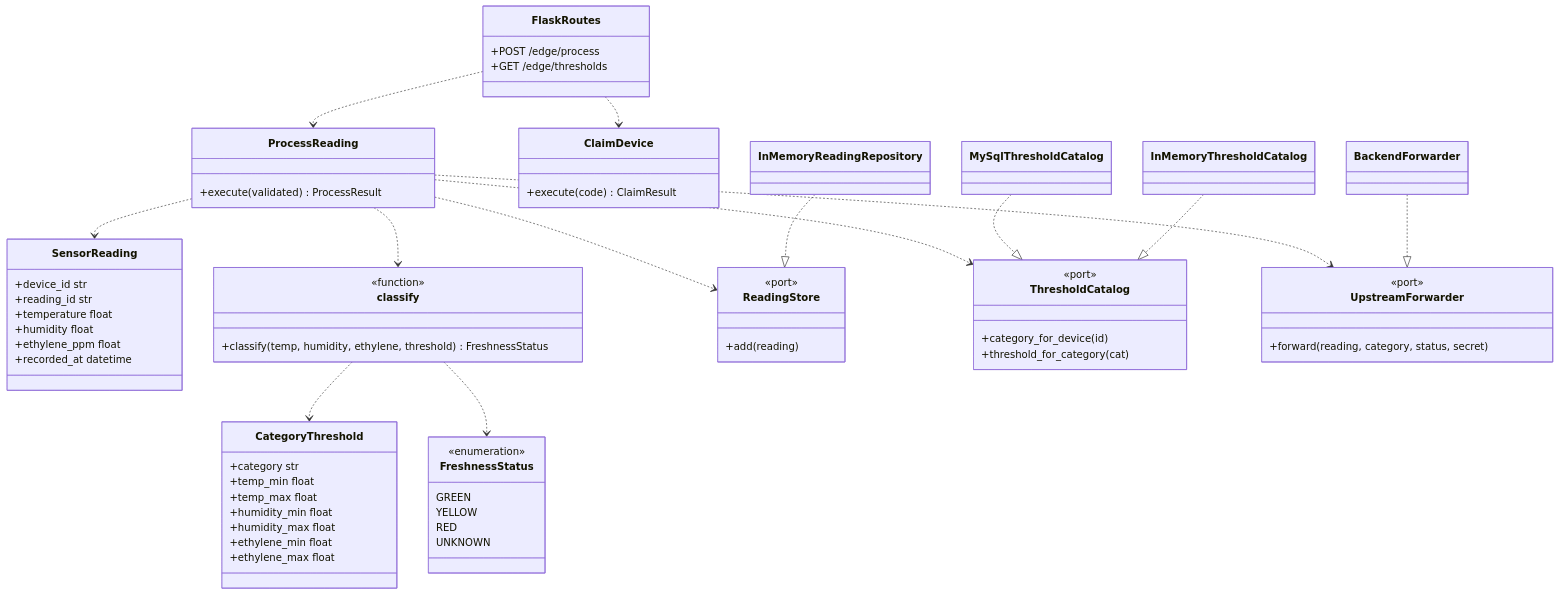
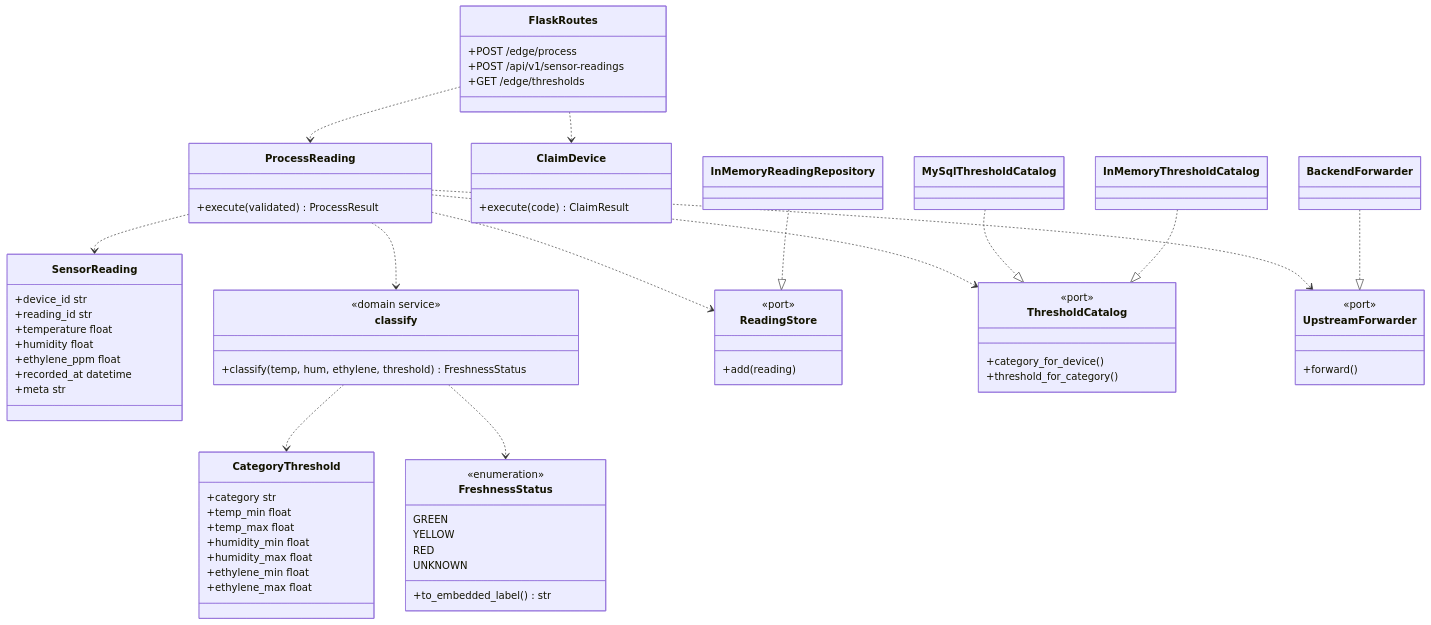
The first of 2 diagrams in docs/diagrama-de-clases.md (1ASI0572-2620-8725/Freshsense-EDGE), drawn with Mermaid before and after one commit. The commit also changed other lines of this file and 12 other files, not shown here.

Commit message:
Polish DDD for Embebed sensor readings and document the physical ESP32 flow.

```diff
--- a/docs/diagrama-de-clases.md
+++ b/docs/diagrama-de-clases.md
@@ -34,6 +26,7 @@
     +humidity float
     +ethylene_ppm float
     +recorded_at datetime
+    +meta str
   }
 
   class CategoryThreshold {
@@ -52,11 +45,12 @@
     YELLOW
     RED
     UNKNOWN
+    +to_embedded_label() str
   }
 
   class classify {
-    <<function>>
-    +classify(temp, humidity, ethylene, threshold) FreshnessStatus
+    <<domain service>>
+    +classify(temp, hum, ethylene, threshold) FreshnessStatus
   }
 
   class ProcessReading {
@@ -74,13 +68,13 @@
 
   class ThresholdCatalog {
     <<port>>
-    +category_for_device(id)
-    +threshold_for_category(cat)
+    +category_for_device()
+    +threshold_for_category()
   }
 
   class UpstreamForwarder {
     <<port>>
-    +forward(reading, category, status, secret)
+    +forward()
   }
 
   class InMemoryReadingRepository
@@ -89,6 +83,7 @@
   class BackendForwarder
   class FlaskRoutes {
     +POST /edge/process
+    +POST /api/v1/sensor-readings
     +GET /edge/thresholds
   }
 
```
